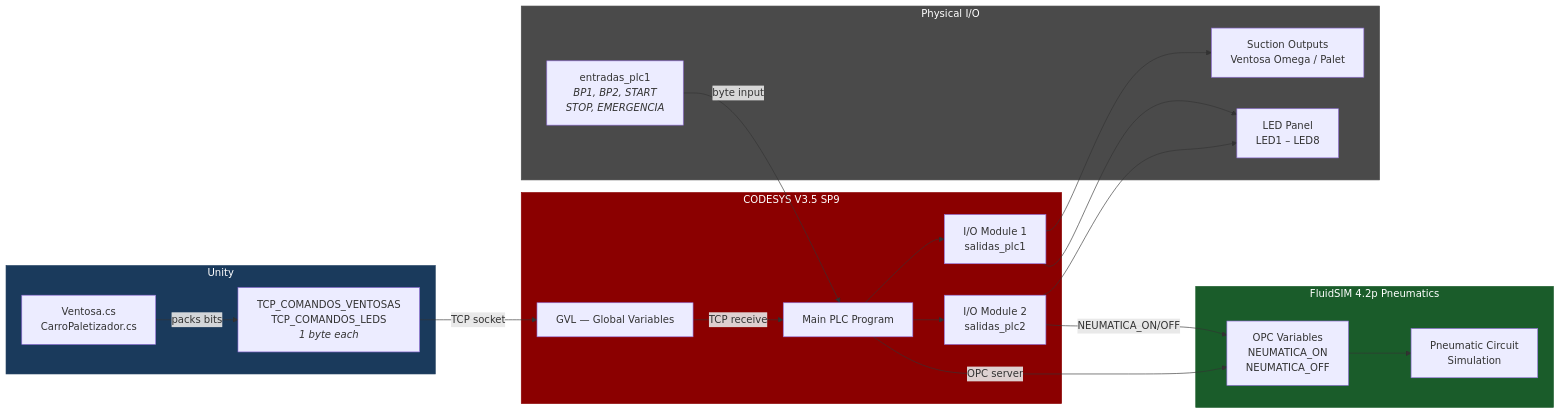
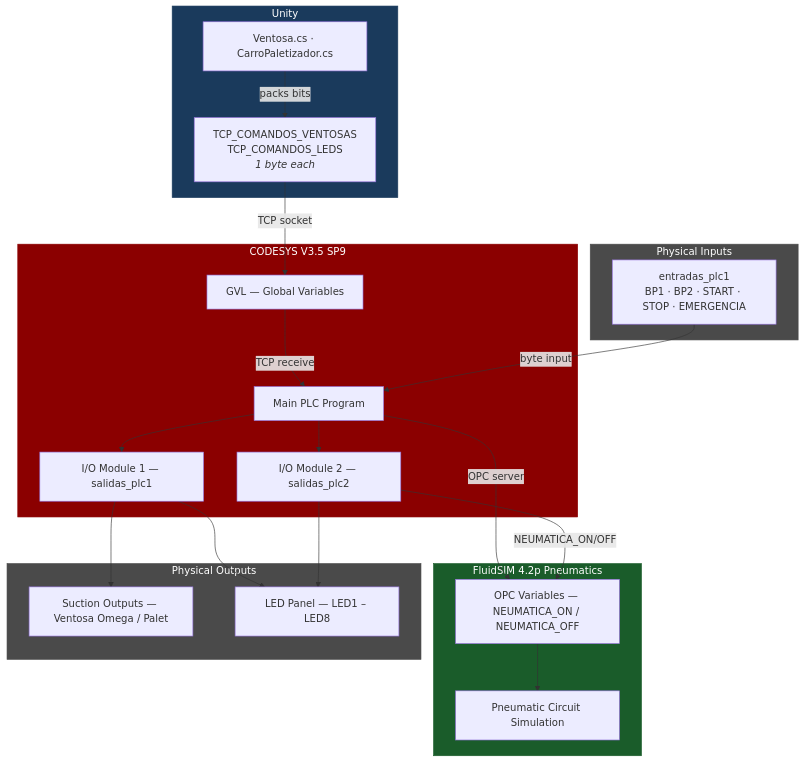
The first of 12 diagrams in README.md (jorgefajardom-coder/drone-packaging-simulation-unity), drawn with Mermaid before and after one commit. The commit also changed other lines of this file, not shown here.

First line of the commit message:
docs: restructure diagrams to eliminate arrow overlaps

````diff
--- a/README.md
+++ b/README.md
@@ -119,43 +119,47 @@
 ```mermaid
-graph LR
+graph TB
     subgraph UNITY["Unity"]
-        U1[Ventosa.cs<br/>CarroPaletizador.cs]
+        U1[Ventosa.cs · CarroPaletizador.cs]
         U2[TCP_COMANDOS_VENTOSAS<br/>TCP_COMANDOS_LEDS<br/><i>1 byte each</i>]
         U1 -->|packs bits| U2
+    end
+
+    subgraph HW_IN["Physical Inputs"]
+        H1[entradas_plc1<br/>BP1 · BP2 · START · STOP · EMERGENCIA]
     end
 
     subgraph CODESYS["CODESYS V3.5 SP9"]
         C1[GVL — Global Variables]
         C2[Main PLC Program]
-        C3[I/O Module 1<br/>salidas_plc1]
-        C4[I/O Module 2<br/>salidas_plc2]
+        C3[I/O Module 1 — salidas_plc1]
+        C4[I/O Module 2 — salidas_plc2]
         C1 -->|TCP receive| C2
         C2 --> C3
         C2 --> C4
     end
 
     subgraph FLUIDSIM["FluidSIM 4.2p Pneumatics"]
-        F1[OPC Variables<br/>NEUMATICA_ON<br/>NEUMATICA_OFF]
-        F2[Pneumatic Circuit<br/>Simulation]
+        F1[OPC Variables — NEUMATICA_ON / NEUMATICA_OFF]
+        F2[Pneumatic Circuit Simulation]
         F1 --> F2
     end
 
-    subgraph HW["Physical I/O"]
-        H1[entradas_plc1<br/><i>BP1, BP2, START<br/>STOP, EMERGENCIA</i>]
-        H2[Suction Outputs<br/>Ventosa Omega / Palet]
-        H3[LED Panel<br/>LED1 – LED8]
+    subgraph HW_OUT["Physical Outputs"]
+        H2[Suction Outputs — Ventosa Omega / Palet]
+        H3[LED Panel — LED1 – LED8]
     end
 
     U2 -->|TCP socket| C1
+    H1 -->|byte input| C2
     C2 -->|OPC server| F1
-    H1 -->|byte input| C2
+    C4 -->|NEUMATICA_ON/OFF| F1
     C3 --> H2
     C3 --> H3
     C4 --> H3
-    C4 -->|NEUMATICA_ON/OFF| F1
 
     style UNITY fill:#1a3a5c,color:#fff,stroke:#1a3a5c
+    style HW_IN fill:#4a4a4a,color:#fff,stroke:#4a4a4a
     style CODESYS fill:#8b0000,color:#fff,stroke:#8b0000
     style FLUIDSIM fill:#1a5c2a,color:#fff,stroke:#1a5c2a
-    style HW fill:#4a4a4a,color:#fff,stroke:#4a4a4a
+    style HW_OUT fill:#4a4a4a,color:#fff,stroke:#4a4a4a
 ```
````
